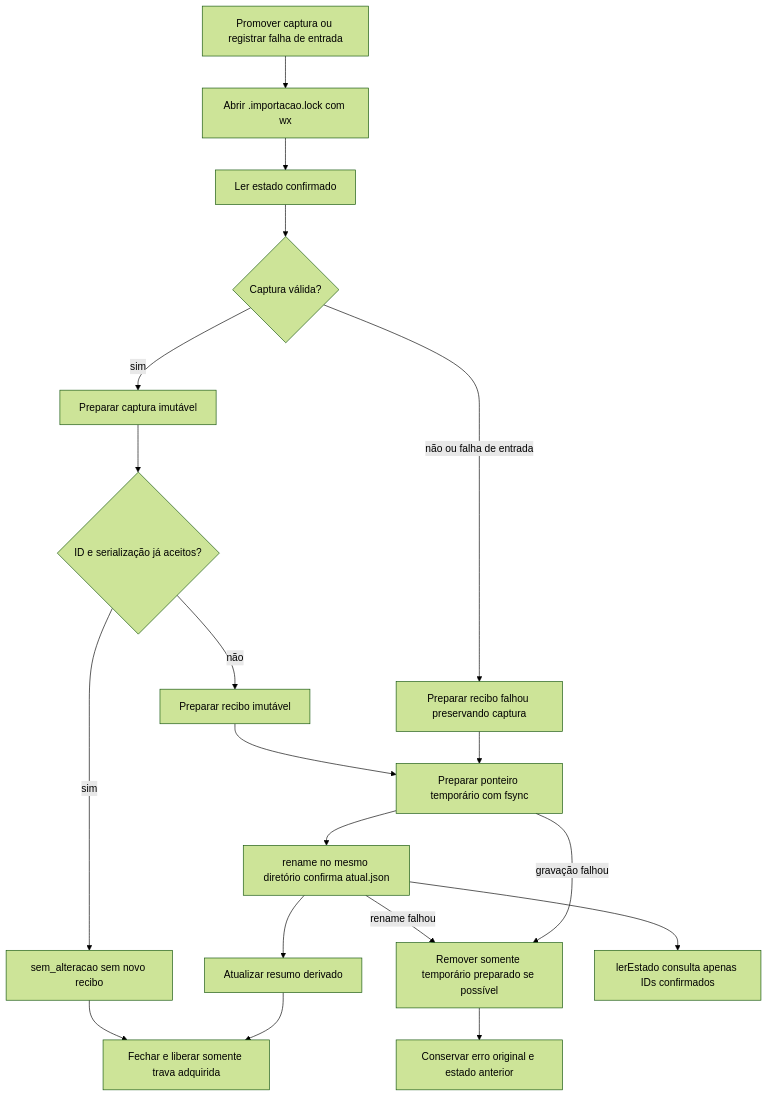
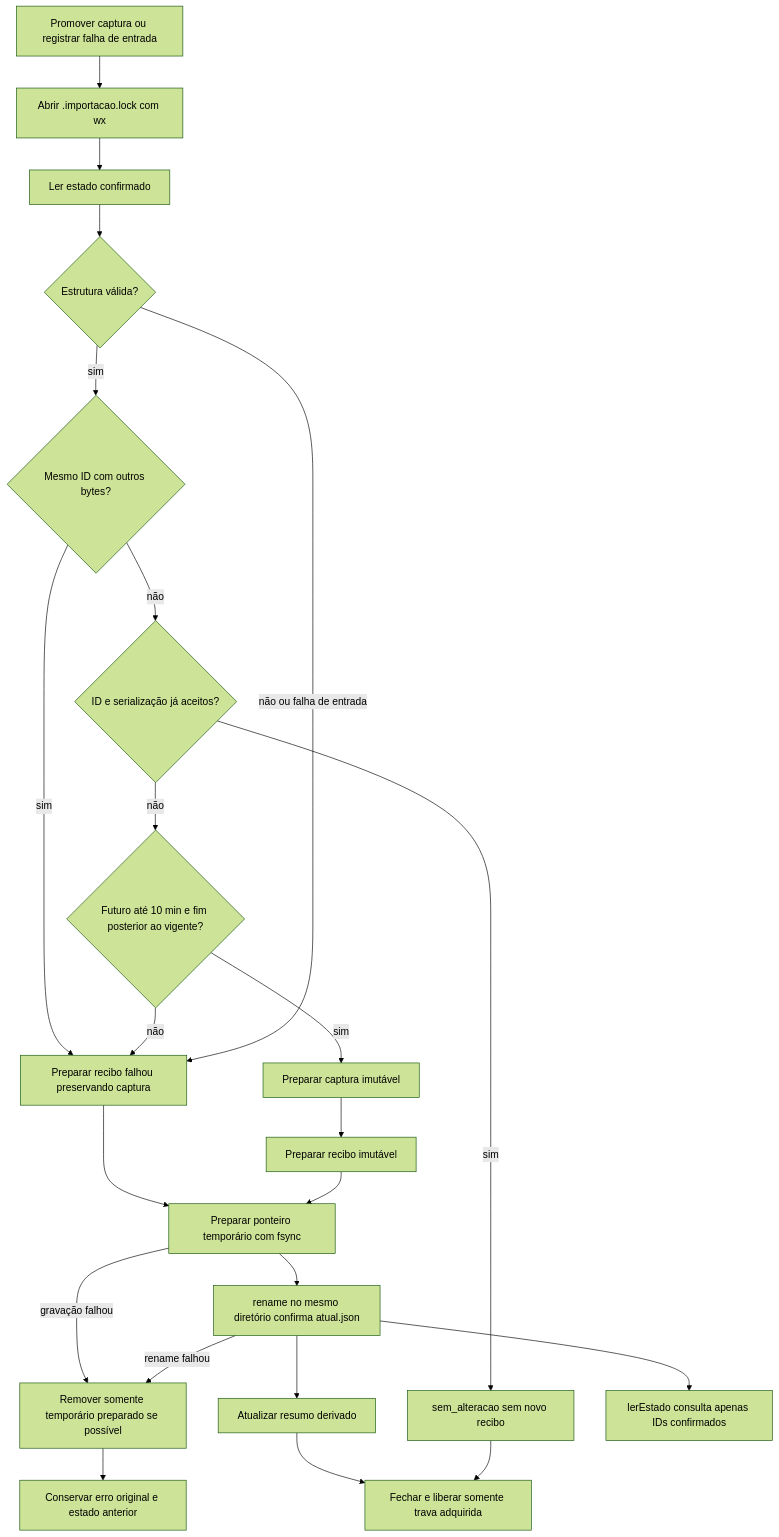
The diagram in docs/modules/snapshot.md (Browsher/crm-social), drawn with Mermaid (forest theme) before and after one commit. The commit also changed other lines of this file and 28 other files, not shown here.

````diff
--- a/docs/modules/snapshot.md
+++ b/docs/modules/snapshot.md
@@ -32,21 +32,25 @@
 ```mermaid
 flowchart TD
   Entrada[Promover captura ou registrar falha de entrada] --> Trava["Abrir .importacao.lock com wx"]
   Trava --> Estado[Ler estado confirmado]
-  Estado --> Validar{Captura válida?}
-  Validar -->|sim| Arquivo[Preparar captura imutável]
-  Arquivo --> Repetida{ID e serialização já aceitos?}
+  Estado --> Validar{Estrutura válida?}
+  Validar -->|sim| Conflito{Mesmo ID com outros bytes?}
+  Conflito -->|sim| Falha
+  Conflito -->|não| Repetida{ID e serialização já aceitos?}
   Repetida -->|sim| NoOp[sem_alteracao sem novo recibo]
-  Repetida -->|não| Recibo[Preparar recibo imutável]
+  Repetida -->|não| Tempo{Futuro até 10 min e fim posterior ao vigente?}
+  Tempo -->|não| Falha
+  Tempo -->|sim| Arquivo[Preparar captura imutável]
+  Arquivo --> Recibo[Preparar recibo imutável]
   Validar -->|não ou falha de entrada| Falha[Preparar recibo falhou preservando captura]
   Falha --> Temporario[Preparar ponteiro temporário com fsync]
   Recibo --> Temporario
   Temporario --> Rename[rename no mesmo diretório confirma atual.json]
   Temporario -->|gravação falhou| Limpeza[Remover somente temporário preparado se possível]
   Rename -->|rename falhou| Limpeza
   Limpeza --> Original[Conservar erro original e estado anterior]
   Rename --> Cache[Atualizar resumo derivado]
   Cache --> Liberar[Fechar e liberar somente trava adquirida]
   NoOp --> Liberar
   Rename --> Leitor[lerEstado consulta apenas IDs confirmados]
 ```
````
